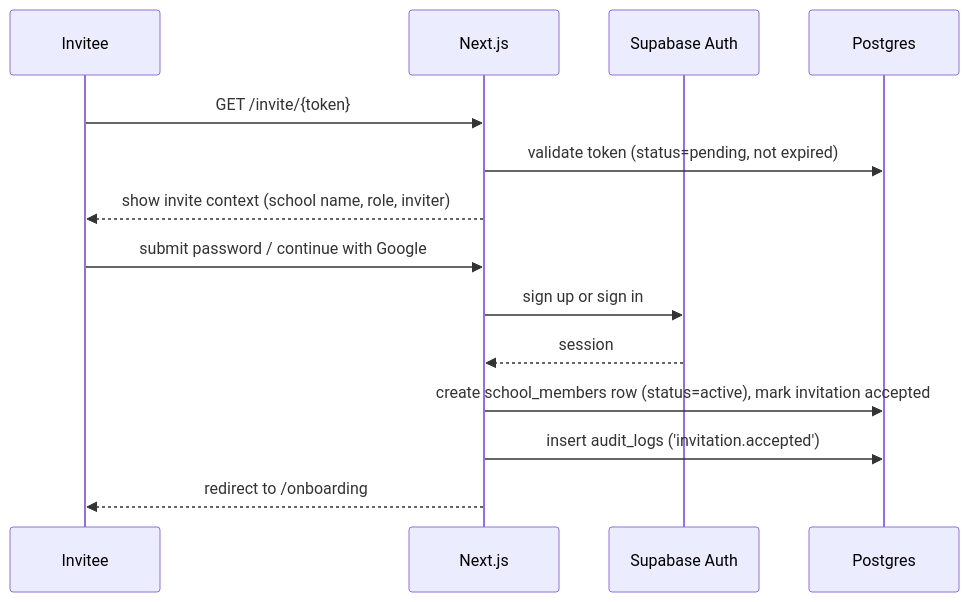
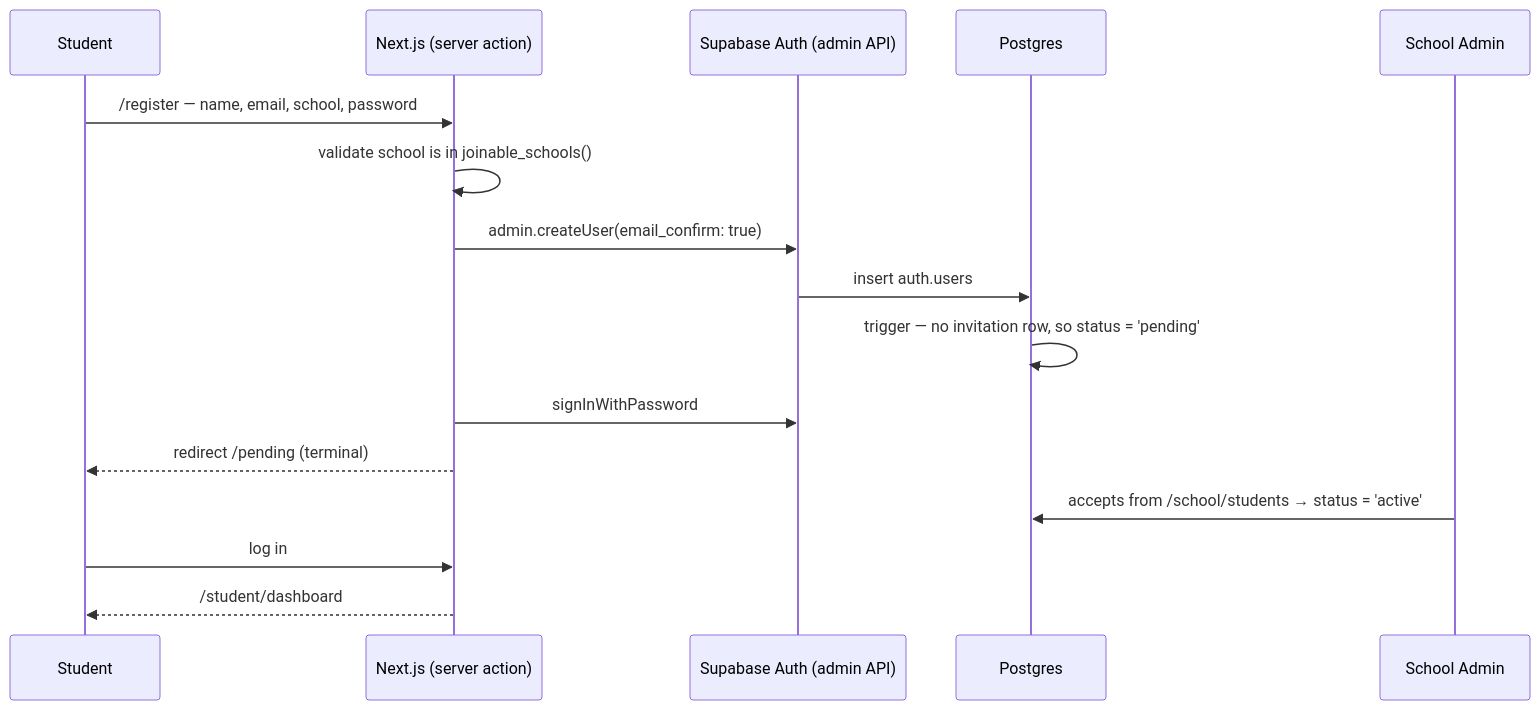
One commit to darshu2810/stemora changed the diagram in docs/architecture/authentication.md. Above: the diagram before and after it, drawn with Mermaid. The commit also changed other lines of this file and 21 other files, not shown here.

````diff
--- a/docs/architecture/authentication.md
+++ b/docs/architecture/authentication.md
@@ -35,17 +93,19 @@
 ```mermaid
 sequenceDiagram
-    participant U as Invitee
-    participant App as Next.js
-    participant Auth as Supabase Auth
+    participant S as Student
+    participant App as Next.js (server action)
+    participant Auth as Supabase Auth (admin API)
     participant DB as Postgres
+    participant A as School Admin
 
-    U->>App: GET /invite/{token}
-    App->>DB: validate token (status=pending, not expired)
-    App-->>U: show invite context (school name, role, inviter)
-    U->>App: submit password / continue with Google
-    App->>Auth: sign up or sign in
-    Auth-->>App: session
-    App->>DB: create school_members row (status=active), mark invitation accepted
-    App->>DB: insert audit_logs ('invitation.accepted')
-    App-->>U: redirect to /onboarding
+    S->>App: /register — name, email, school, password
+    App->>App: validate school is in joinable_schools()
+    App->>Auth: admin.createUser(email_confirm: true)
+    Auth->>DB: insert auth.users
+    DB->>DB: trigger — no invitation row, so status = 'pending'
+    App->>Auth: signInWithPassword
+    App-->>S: redirect /pending  (terminal)
+    A->>DB: accepts from /school/students → status = 'active'
+    S->>App: log in
+    App-->>S: /student/dashboard
 ```
````
